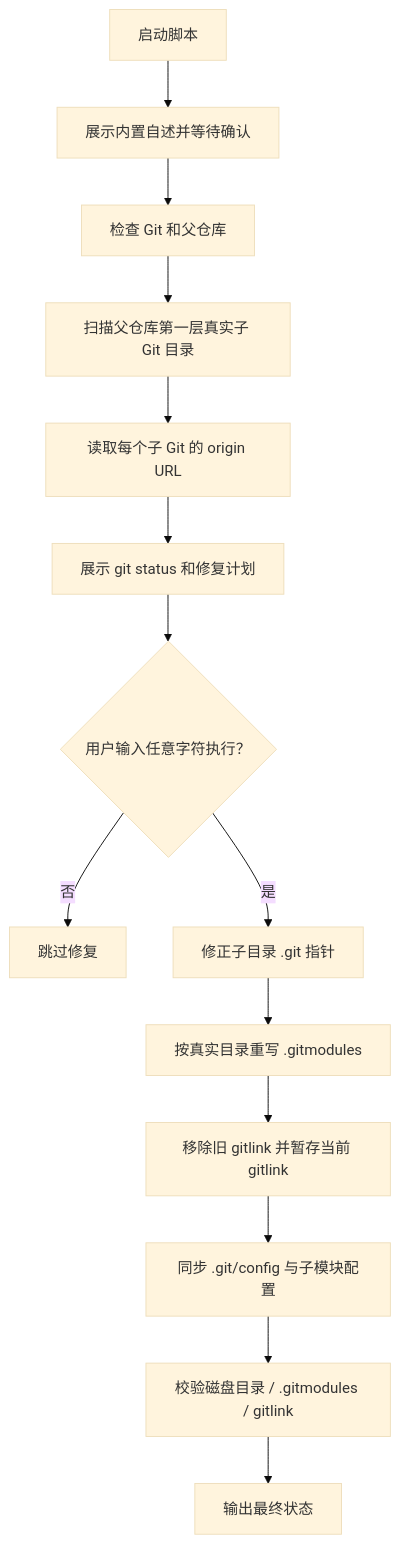
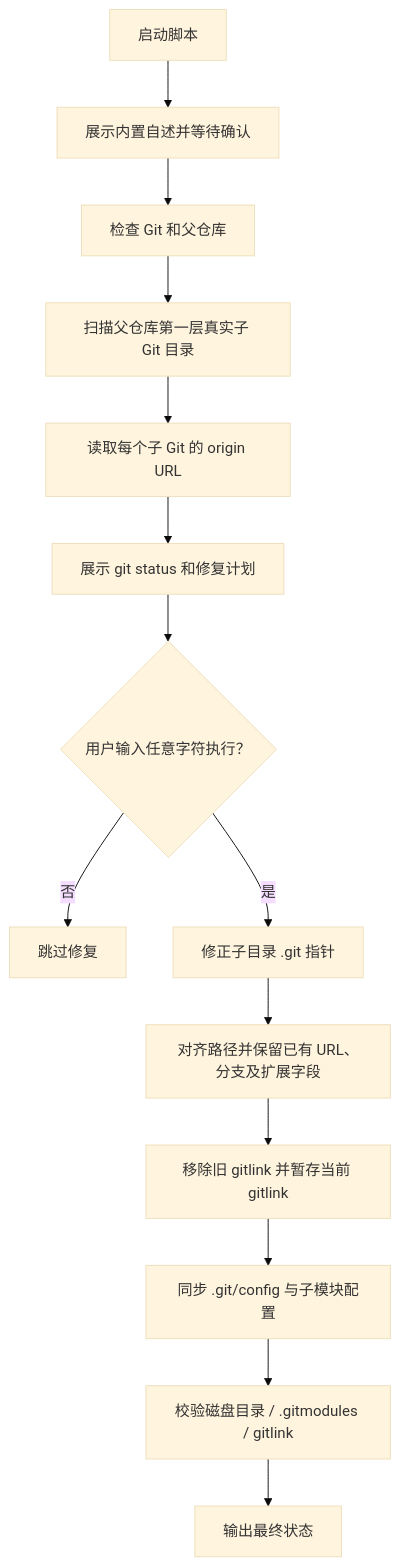
The diagram in 【MacOS】🧭更新引用Git父仓=>子仓.command/README.md (JobsKits/JobsCommand-Gits), drawn with Mermaid (base theme) before and after one commit. The commit also changed other lines of this file and 9 other files, not shown here.

````diff
--- a/【MacOS】🧭更新引用Git父仓=>子仓.command/README.md
+++ b/【MacOS】🧭更新引用Git父仓=>子仓.command/README.md
@@ -61,16 +92,16 @@
 ```mermaid
 flowchart TD
   A["启动脚本"] --> B["展示内置自述并等待确认"]
   B --> C["检查 Git 和父仓库"]
   C --> D["扫描父仓库第一层真实子 Git 目录"]
   D --> E["读取每个子 Git 的 origin URL"]
   E --> F["展示 git status 和修复计划"]
   F --> G{"用户输入任意字符执行？"}
   G -->|否| H["跳过修复"]
   G -->|是| I["修正子目录 .git 指针"]
-  I --> J["按真实目录重写 .gitmodules"]
+  I --> J["对齐路径并保留已有 URL、分支及扩展字段"]
   J --> K["移除旧 gitlink 并暂存当前 gitlink"]
   K --> L["同步 .git/config 与子模块配置"]
   L --> M["校验磁盘目录 / .gitmodules / gitlink"]
   M --> N["输出最终状态"]
 ```
````
